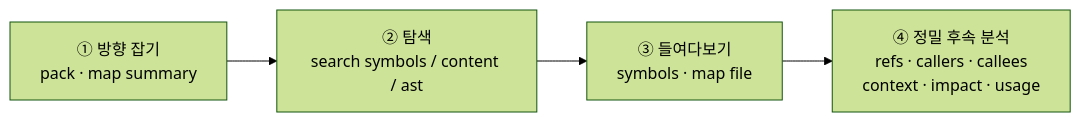
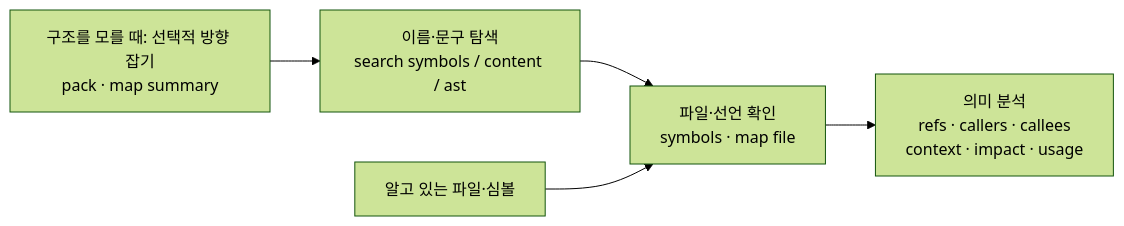
One commit to junyeong-ai/symora changed the second of 2 diagrams in README.md. Above: the diagram before and after it, drawn with Mermaid (forest theme). The commit also changed other lines of this file and 61 other files, not shown here.

````diff
--- a/README.md
+++ b/README.md
@@ -92,6 +92,7 @@
 ```mermaid
 flowchart LR
-    O["① 방향 잡기<br/>pack · map summary"] --> D["② 탐색<br/>search symbols / content / ast"]
-    D --> I["③ 들여다보기<br/>symbols · map file"]
-    I --> X["④ 정밀 후속 분석<br/>refs · callers · callees<br/>context · impact · usage"]
+    O["구조를 모를 때: 선택적 방향 잡기<br/>pack · map summary"] --> D["이름·문구 탐색<br/>search symbols / content / ast"]
+    D --> I["파일·선언 확인<br/>symbols · map file"]
+    K["알고 있는 파일·심볼"] --> I
+    I --> X["의미 분석<br/>refs · callers · callees<br/>context · impact · usage"]
 ```
````
